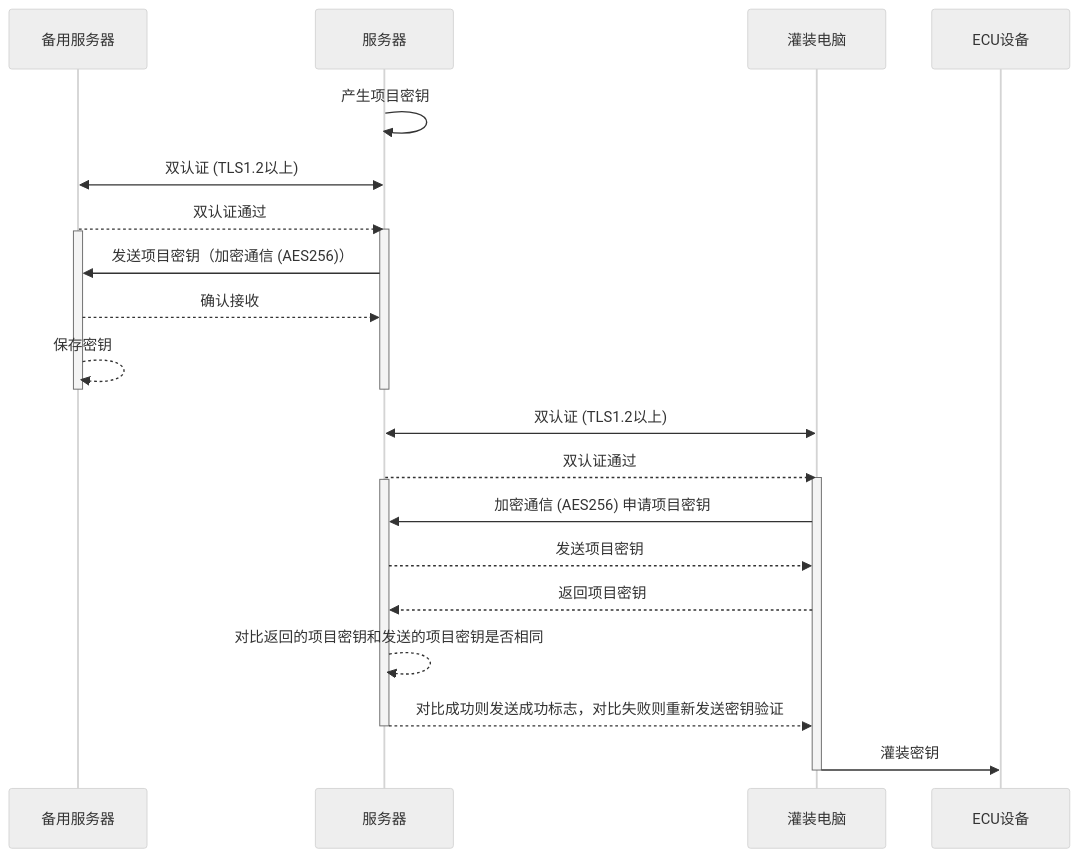
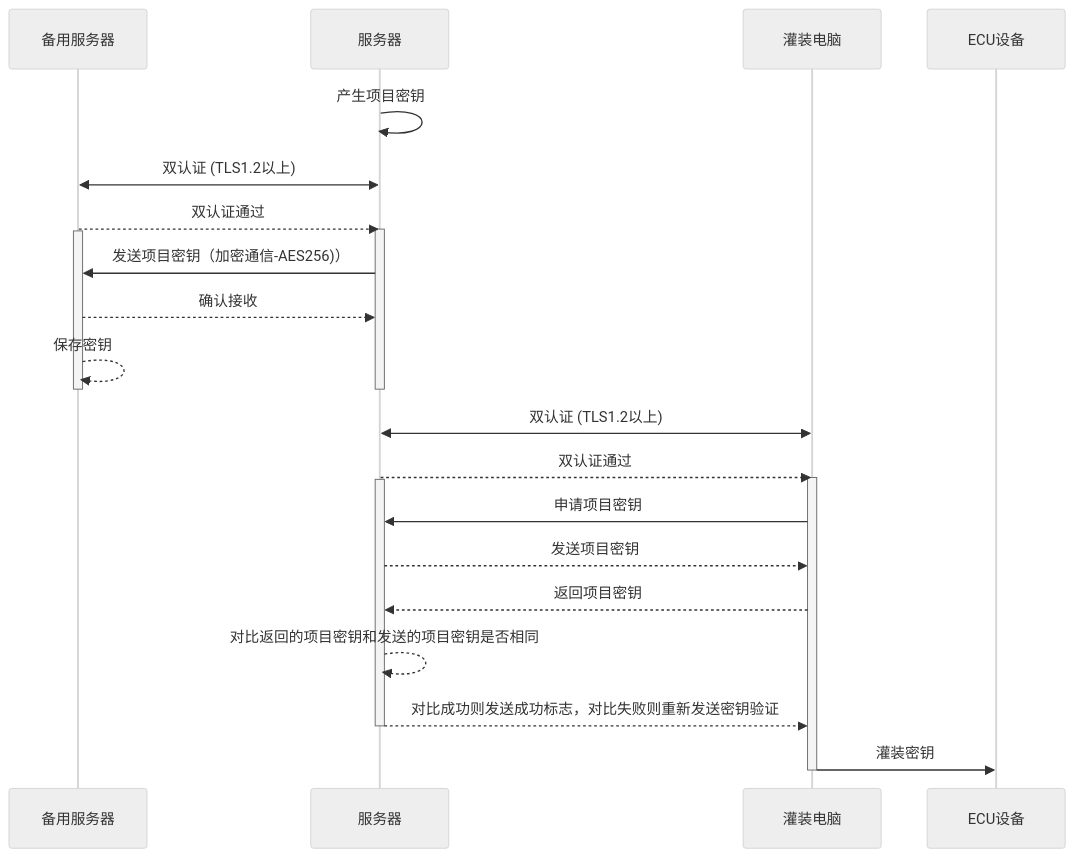
One commit to facebook-cloud/iodraw-files changed the diagram in all/未命名-10.md. Above: the diagram before and after it, drawn with Mermaid (neutral theme).

Commit message:
2026-01-15 11:25:12 update

````diff
--- a/all/未命名-10.md
+++ b/all/未命名-10.md
@@ -1,32 +1,32 @@
 ```mermaid
 sequenceDiagram
     participant B as 备用服务器
     participant A as 服务器
     participant C as 灌装电脑
     participant D as ECU设备
 
     A->>A: 产生项目密钥
     A<<->>B: 双认证 (TLS1.2以上)
     B-->>A: 双认证通过
     activate A
     activate B
-    A->>B: 发送项目密钥（加密通信 (AES256)）
+    A->>B: 发送项目密钥（加密通信-AES256)）
     B-->>A: 确认接收
     B-->>B: 保存密钥
     deactivate B
     deactivate A
 
     C<<->>A: 双认证 (TLS1.2以上)
     A-->>C: 双认证通过
     activate C
     activate A
-    C->>A: 加密通信 (AES256) 申请项目密钥
+    C->>A: 申请项目密钥
     A-->>C: 发送项目密钥
     C-->>A: 返回项目密钥
     A-->>A: 对比返回的项目密钥和发送的项目密钥是否相同
     A-->>C: 对比成功则发送成功标志，对比失败则重新发送密钥验证
     deactivate A
     C->>D: 灌装密钥
     deactivate C
 
 ```
````
